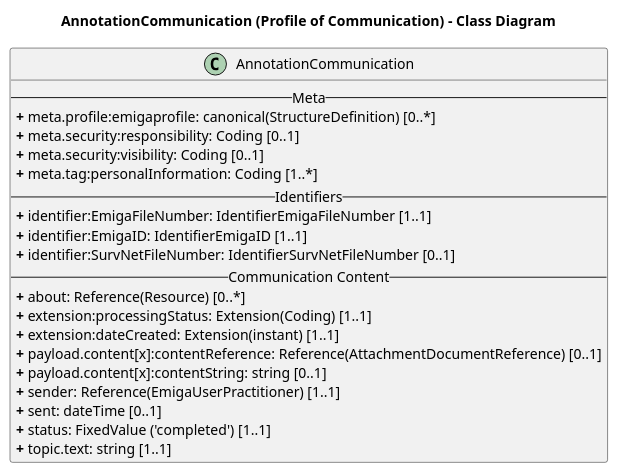
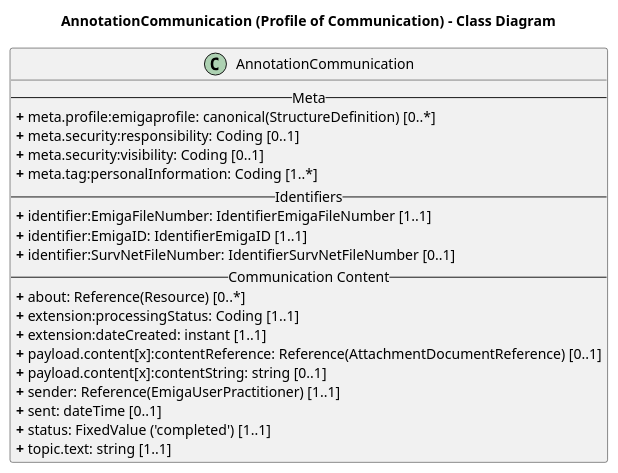
The diagram in rki.emiga.common/PlantUML/AnnotationCommunication.puml (robert-koch-institut/rki.emiga.common), drawn with PlantUML before and after one commit.

Commit message:
chore: removed extension label

```diff
--- a/rki.emiga.common/PlantUML/AnnotationCommunication.puml
+++ b/rki.emiga.common/PlantUML/AnnotationCommunication.puml
@@ -1,29 +1,29 @@
 @startuml
 skinparam linetype ortho
 
 title AnnotationCommunication (Profile of Communication) - Class Diagram
 
 ' Main Class
 class AnnotationCommunication{
 -- Meta --
 <b>+</b> meta.profile:emigaprofile: canonical(StructureDefinition) [0..*]
 <b>+</b> meta.security:responsibility: Coding [0..1]
 <b>+</b> meta.security:visibility: Coding [0..1]
 <b>+</b> meta.tag:personalInformation: Coding [1..*]
 -- Identifiers --
 <b>+</b> identifier:EmigaFileNumber: IdentifierEmigaFileNumber [1..1]
 <b>+</b> identifier:EmigaID: IdentifierEmigaID [1..1]
 <b>+</b> identifier:SurvNetFileNumber: IdentifierSurvNetFileNumber [0..1]
 -- Communication Content --
 <b>+</b> about: Reference(Resource) [0..*] 
-<b>+</b> extension:processingStatus: Extension(Coding) [1..1]
-<b>+</b> extension:dateCreated: Extension(instant) [1..1]
+<b>+</b> extension:processingStatus: Coding [1..1]
+<b>+</b> extension:dateCreated: instant [1..1]
 <b>+</b> payload.content[x]:contentReference: Reference(AttachmentDocumentReference) [0..1]
 <b>+</b> payload.content[x]:contentString: string [0..1]
 <b>+</b> sender: Reference(EmigaUserPractitioner) [1..1] 
 <b>+</b> sent: dateTime [0..1]
 <b>+</b> status: FixedValue ('completed') [1..1]
 <b>+</b> topic.text: string [1..1] 
 }
 
 @enduml
```
